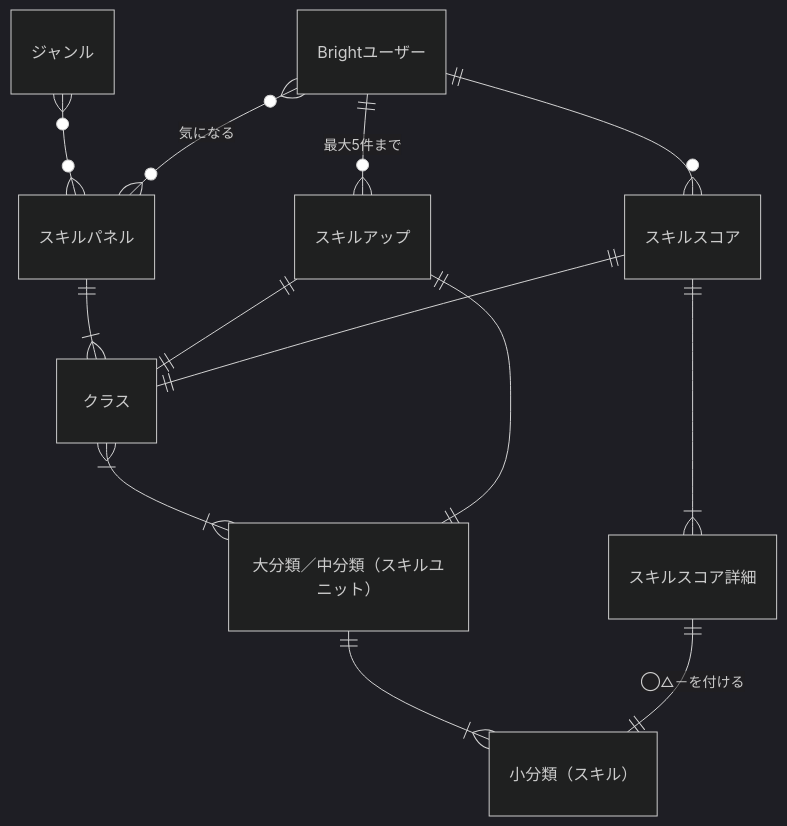
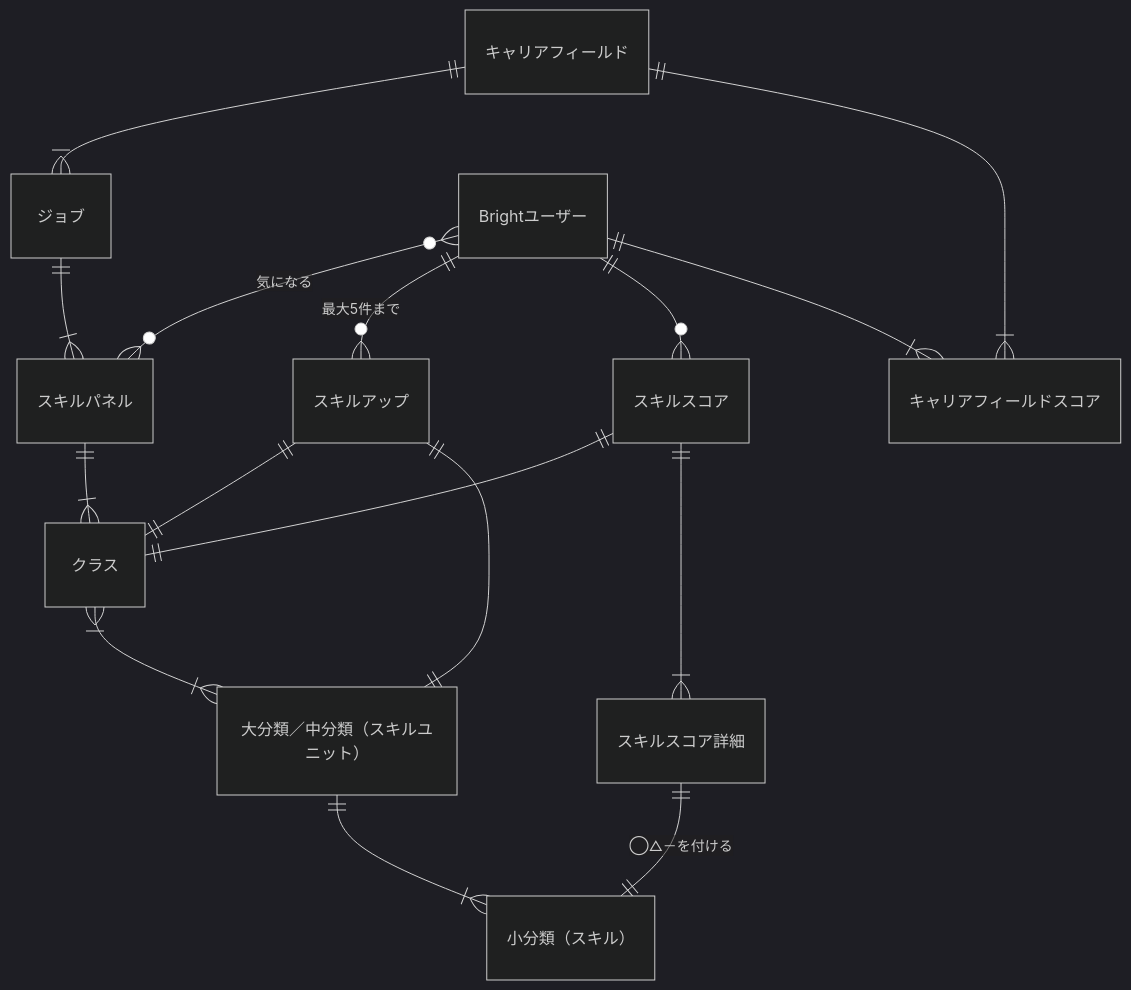
One commit to bright-org/bright changed the first of 2 diagrams in docs/conceptual_schemas/skills.md. Above: the diagram before and after it, drawn with Mermaid (dark theme). The commit also changed other lines of this file, not shown here.

````diff
--- a/docs/conceptual_schemas/skills.md
+++ b/docs/conceptual_schemas/skills.md
@@ -19,15 +19,18 @@
 ```mermaid
 erDiagram
+  "キャリアフィールド" ||--|{ "ジョブ" : ""
+  "ジョブ" ||--|{ "スキルパネル" : ""
   "スキルパネル" ||--|{ "クラス" : ""
   "クラス" }|--|{ "大分類／中分類（スキルユニット）" : ""
   "大分類／中分類（スキルユニット）" ||--|{ "小分類（スキル）" : ""
-  "ジャンル" }o--o{ "スキルパネル" : ""
   "Brightユーザー" }o--o{ "スキルパネル" : "気になる"
   "Brightユーザー" ||--o{ "スキルアップ" : "最大5件まで"
   "スキルアップ" ||--|| "クラス" : ""
   "スキルアップ" ||--|| "大分類／中分類（スキルユニット）" : ""
   "Brightユーザー" ||--o{ "スキルスコア" : ""
   "スキルスコア" ||--|| "クラス" : ""
   "スキルスコア" ||--|{ "スキルスコア詳細" : ""
   "スキルスコア詳細" ||--||  "小分類（スキル）" : "◯△－を付ける"
+  "キャリアフィールド" ||--|{ "キャリアフィールドスコア" : ""
+  "Brightユーザー" ||--|{ "キャリアフィールドスコア" : ""
 ```
````
